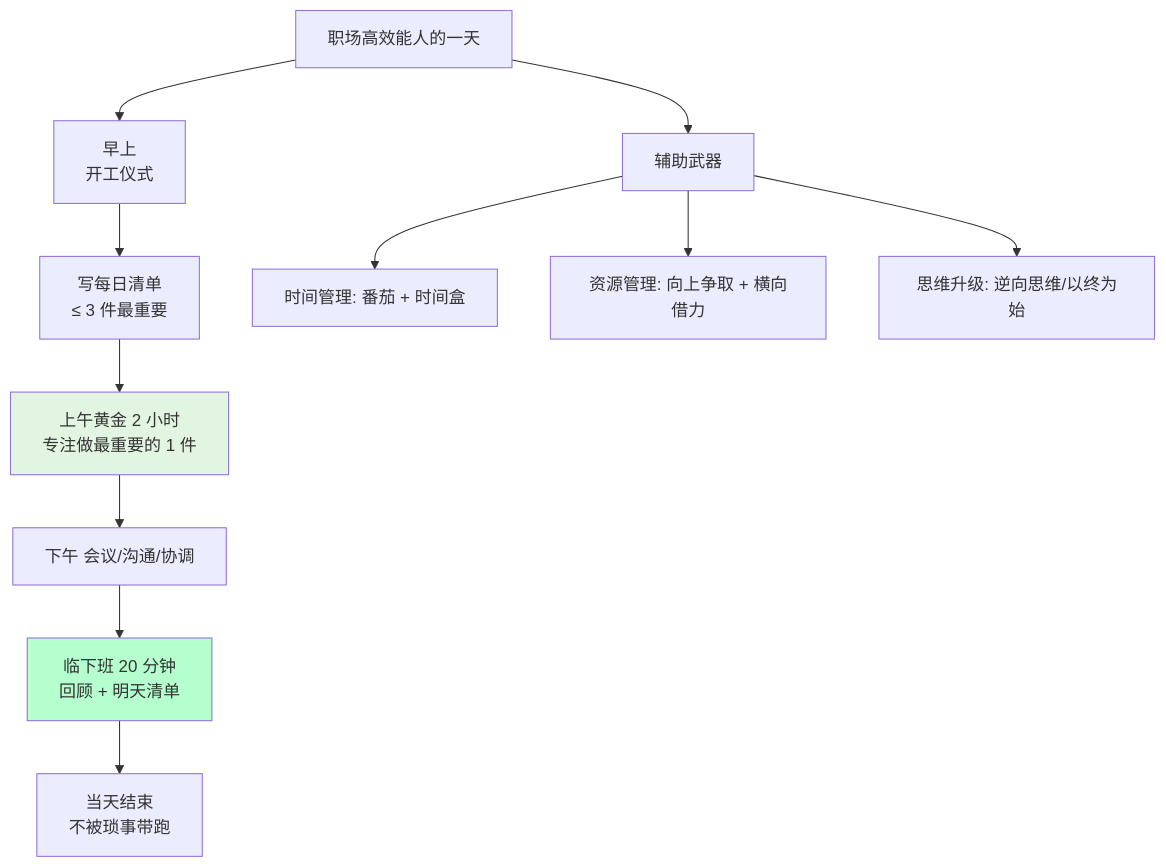
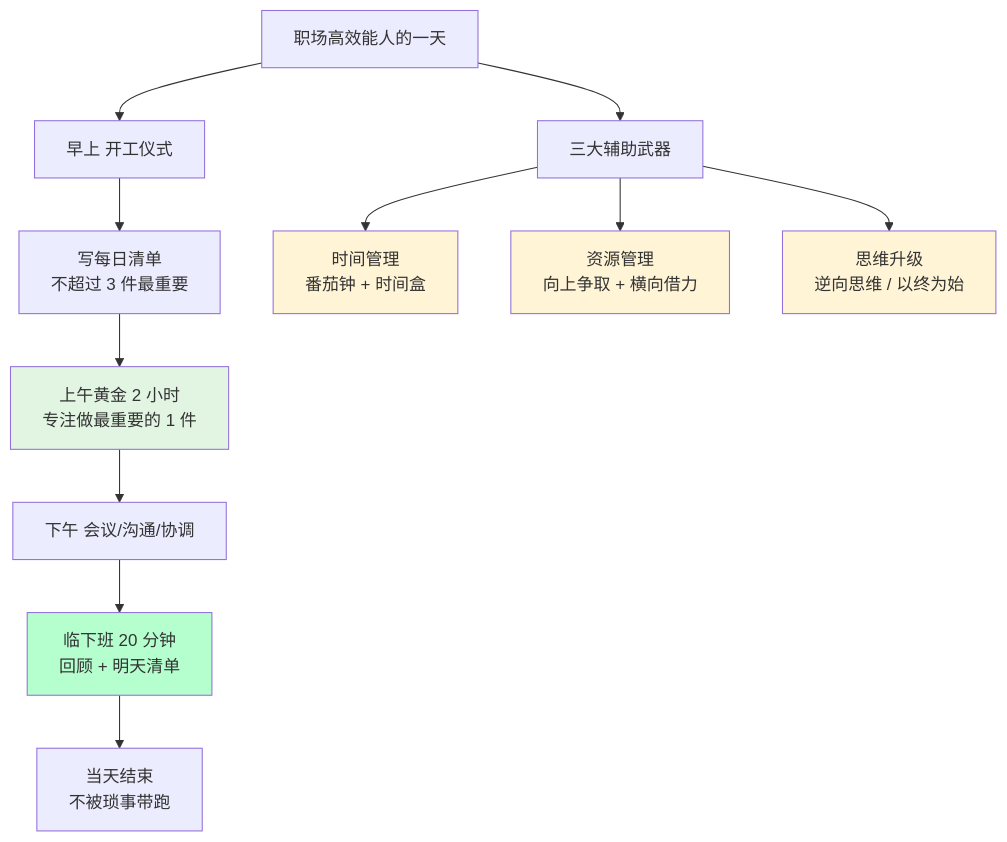
Before and after one commit to chongyang211/YCBookBlog: the first of 8 diagrams in 09.出版作品的书籍/02.职场管理进阶/4.3职场效率的提升.md, drawn with Mermaid. The commit also changed other lines of this file and 33 other files, not shown here.

````diff
--- a/09.出版作品的书籍/02.职场管理进阶/4.3职场效率的提升.md
+++ b/09.出版作品的书籍/02.职场管理进阶/4.3职场效率的提升.md
@@ -24,15 +29,18 @@
 ```mermaid
 flowchart TD
-    A[职场高效能人的一天] --> B[早上<br/>开工仪式]
-    B --> C[写每日清单<br/>≤ 3 件最重要]
+    A[职场高效能人的一天] --> B[早上 开工仪式]
+    B --> C[写每日清单<br/>不超过 3 件最重要]
     C --> D[上午黄金 2 小时<br/>专注做最重要的 1 件]
     D --> E[下午 会议/沟通/协调]
     E --> F[临下班 20 分钟<br/>回顾 + 明天清单]
     F --> G[当天结束<br/>不被琐事带跑]
-    A --> H[辅助武器]
-    H --> H1[时间管理: 番茄 + 时间盒]
-    H --> H2[资源管理: 向上争取 + 横向借力]
-    H --> H3[思维升级: 逆向思维/以终为始]
+    A --> H[三大辅助武器]
+    H --> H1[时间管理<br/>番茄钟 + 时间盒]
+    H --> H2[资源管理<br/>向上争取 + 横向借力]
+    H --> H3[思维升级<br/>逆向思维 / 以终为始]
     style D fill:#e2f5e2
     style F fill:#b5ffcf
+    style H1 fill:#fff4d6
+    style H2 fill:#fff4d6
+    style H3 fill:#fff4d6
 ```
````
